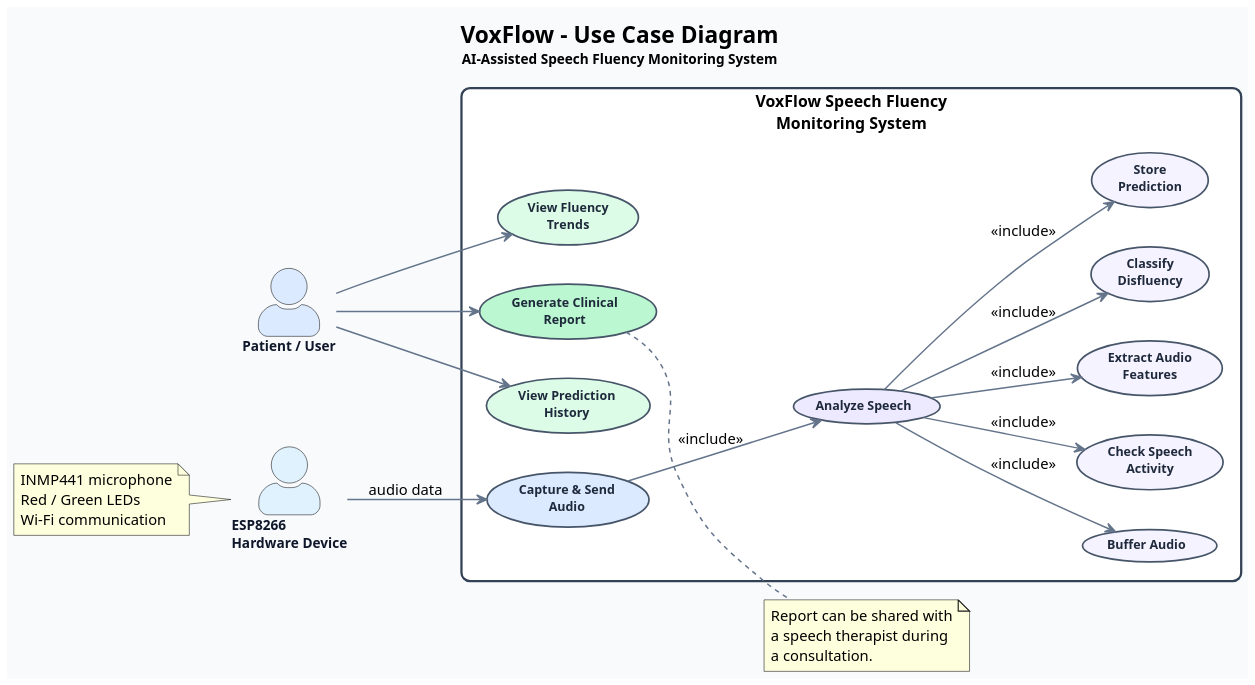
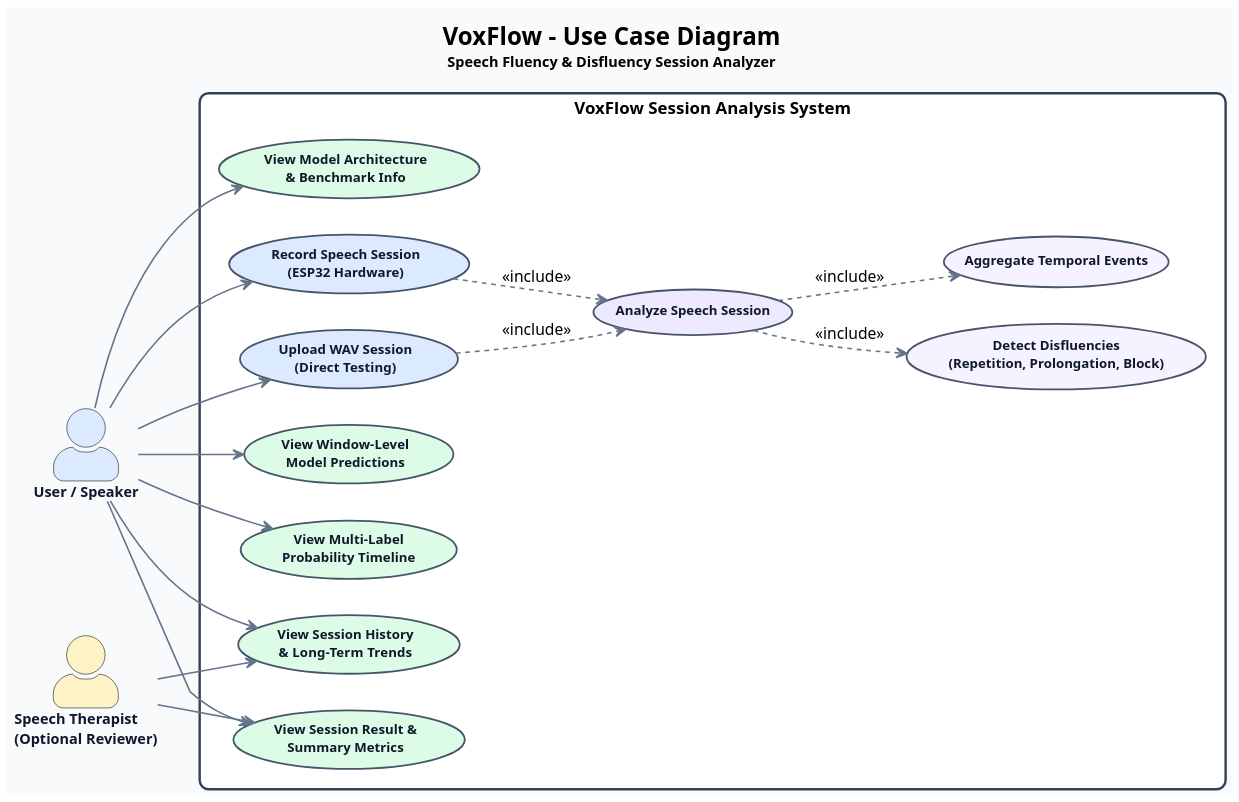
Before and after one commit to PetaSivaNandhanReddy/voxflow: the diagram in VoxFlow_uml/VoxFlow_uml/uml/01_use_case.puml, drawn with PlantUML. The commit also changed 31 other files, not shown here.

Commit message:
docs: align uml architecture with final voxflow system

```diff
--- a/VoxFlow_uml/VoxFlow_uml/uml/01_use_case.puml
+++ b/VoxFlow_uml/VoxFlow_uml/uml/01_use_case.puml
@@ -1,126 +1,99 @@
 @startuml
-title <size:20><b>VoxFlow - Use Case Diagram</b></size>\n<size:12>AI-Assisted Speech Fluency Monitoring System</size>
+title <size:20><b>VoxFlow - Use Case Diagram</b></size>\n<size:12>Speech Fluency & Disfluency Session Analyzer</size>
 
 left to right direction
 
-' =========================================================
-' PAGE / LAYOUT
-' =========================================================
-
 skinparam backgroundColor #F8FAFC
 skinparam shadowing false
-skinparam dpi 160
+skinparam dpi 170
 
-skinparam nodesep 35
+skinparam nodesep 30
 skinparam ranksep 35
 
 skinparam actorStyle awesome
 
 skinparam rectangle {
     BackgroundColor #FFFFFF
     BorderColor #334155
     BorderThickness 2
     RoundCorner 15
 }
 
 skinparam usecase {
     BackgroundColor #FFFFFF
     BorderColor #475569
     BorderThickness 1.5
-    FontColor #1E293B
+    FontColor #0F172A
     FontSize 11
     FontStyle bold
 }
 
 skinparam ArrowColor #64748B
 skinparam ArrowThickness 1.3
 
 skinparam actor {
     FontColor #0F172A
     FontSize 12
     FontStyle bold
 }
 
 ' =========================================================
 ' ACTORS
 ' =========================================================
 
-actor "ESP8266\nHardware Device" as ESP #E0F2FE
-actor "Patient / User" as Patient #DBEAFE
+actor "User / Speaker" as User #DBEAFE
+actor "Speech Therapist\n(Optional Reviewer)" as Therapist #FEF3C7
 
 ' =========================================================
-' VOXFLOW SYSTEM
+' SYSTEM BOUNDARY
 ' =========================================================
 
-rectangle "VoxFlow Speech Fluency\nMonitoring System" {
+rectangle "VoxFlow Session Analysis System" {
 
-    ' -----------------------------------------------------
-    ' AUDIO PROCESSING
-    ' -----------------------------------------------------
+    ' Audio Input & Ingestion
+    usecase "Record Speech Session\n(ESP32 Hardware)" as UC_Record #DBEAFE
+    usecase "Upload WAV Session\n(Direct Testing)" as UC_Upload #DBEAFE
 
-    usecase "Capture & Send\nAudio" as UC_Send #DBEAFE
+    ' Core Analysis
+    usecase "Analyze Speech Session" as UC_Analyze #EDE9FE
+    usecase "Detect Disfluencies\n(Repetition, Prolongation, Block)" as UC_Detect #F5F3FF
+    usecase "Aggregate Temporal Events" as UC_Aggregate #F5F3FF
 
-    usecase "Analyze Speech" as UC_Analyze #EDE9FE
-
-    usecase "Buffer Audio" as UC_Buffer #F5F3FF
-    usecase "Check Speech\nActivity" as UC_VAD #F5F3FF
-    usecase "Extract Audio\nFeatures" as UC_Feature #F5F3FF
-    usecase "Classify\nDisfluency" as UC_Classify #F5F3FF
-    usecase "Store\nPrediction" as UC_Store #F5F3FF
-
-    ' -----------------------------------------------------
-    ' PATIENT DASHBOARD
-    ' -----------------------------------------------------
-
-    usecase "View Prediction\nHistory" as UC_History #DCFCE7
-    usecase "View Fluency\nTrends" as UC_Trends #DCFCE7
-    usecase "Generate Clinical\nReport" as UC_Report #BBF7D0
+    ' Visualization & Inspection
+    usecase "View Session Result &\nSummary Metrics" as UC_ViewResult #DCFCE7
+    usecase "View Window-Level\nModel Predictions" as UC_ViewWindows #DCFCE7
+    usecase "View Multi-Label\nProbability Timeline" as UC_ViewTimeline #DCFCE7
+    usecase "View Session History\n& Long-Term Trends" as UC_ViewHistory #DCFCE7
+    usecase "View Model Architecture\n& Benchmark Info" as UC_ViewModel #DCFCE7
 }
 
 ' =========================================================
-' HARDWARE INTERACTION
+' USER RELATIONSHIPS
 ' =========================================================
 
-ESP --> UC_Send : audio data
+User --> UC_Record
+User --> UC_Upload
+User --> UC_ViewResult
+User --> UC_ViewWindows
+User --> UC_ViewTimeline
+User --> UC_ViewHistory
+User --> UC_ViewModel
 
 ' =========================================================
-' INTERNAL AUDIO ANALYSIS
+' INCLUSION & ANALYSIS FLOW
 ' =========================================================
 
-UC_Send --> UC_Analyze : <<include>>
+UC_Record ..> UC_Analyze : <<include>>
+UC_Upload ..> UC_Analyze : <<include>>
 
-UC_Analyze --> UC_Buffer : <<include>>
-UC_Analyze --> UC_VAD : <<include>>
-UC_Analyze --> UC_Feature : <<include>>
-UC_Analyze --> UC_Classify : <<include>>
-UC_Analyze --> UC_Store : <<include>>
+UC_Analyze ..> UC_Detect : <<include>>
+UC_Analyze ..> UC_Aggregate : <<include>>
 
 ' =========================================================
-' PATIENT / USER DASHBOARD INTERACTION
+' THERAPIST RELATIONSHIPS
 ' =========================================================
 
-Patient --> UC_History
-Patient --> UC_Trends
-Patient --> UC_Report
-
-' =========================================================
-' REPORT INFORMATION
-' =========================================================
-
-note right of UC_Report
-  Report can be shared with
-  a speech therapist during
-  a consultation.
-end note
-
-' =========================================================
-' HARDWARE INFORMATION
-' =========================================================
-
-note left of ESP
-  INMP441 microphone
-  Red / Green LEDs
-  Wi-Fi communication
-end note
+Therapist --> UC_ViewResult
+Therapist --> UC_ViewHistory
 
 @enduml
```
